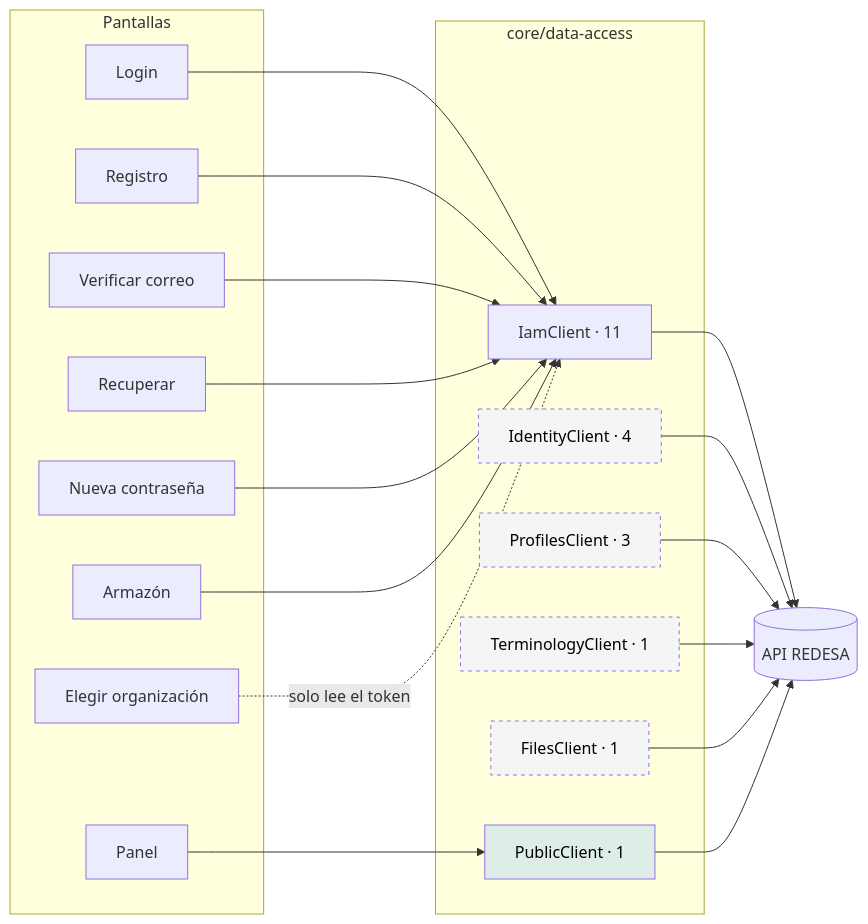
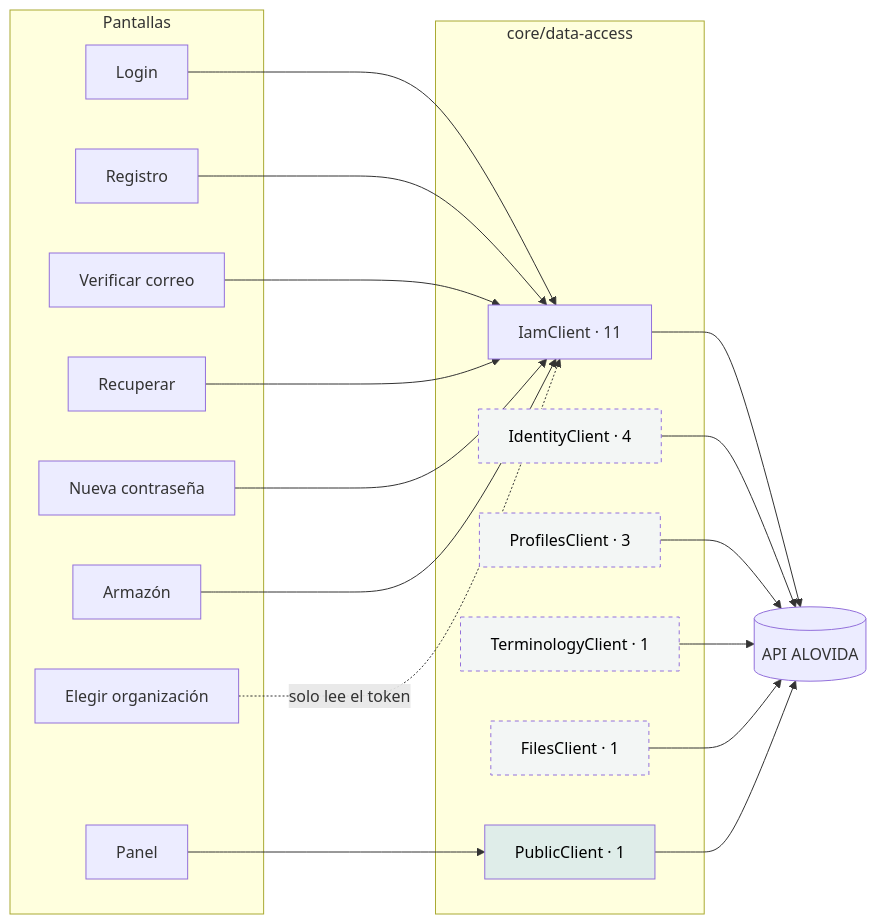
Before and after one commit to mdavila-2001/mantra-core-health: the diagram in docs/architecture/integration-map.md, drawn with Mermaid. The commit also changed 620 other files, not shown here.

First line of the commit message:
refactor(marca): fuera REDESA, VITARA y REDSAT — el nombre es ALOVIDA

````diff
--- a/docs/architecture/integration-map.md
+++ b/docs/architecture/integration-map.md
@@ -11,46 +11,46 @@
 ```mermaid
 graph LR
   subgraph Pantallas
     LOGIN[Login]
     REG[Registro]
     VER[Verificar correo]
     FOR[Recuperar]
     RES[Nueva contraseña]
     TEN[Elegir organización]
     PAN[Panel]
     SHELL[Armazón]
   end
 
   subgraph "core/data-access"
     IAM[IamClient · 11]
     IDN[IdentityClient · 4]
     PRF[ProfilesClient · 3]
     TRM[TerminologyClient · 1]
     FIL[FilesClient · 1]
     PUB[PublicClient · 1]
   end
 
-  API[(API REDESA)]
+  API[(API ALOVIDA)]
 
   LOGIN --> IAM
   REG --> IAM
   VER --> IAM
   FOR --> IAM
   RES --> IAM
   SHELL --> IAM
   PAN --> PUB
   TEN -.->|solo lee el token| IAM
 
   IAM --> API
   IDN --> API
   PRF --> API
   TRM --> API
   FIL --> API
   PUB --> API
 
   style PUB fill:#DFEDE9,color:#000
   style IDN fill:#F3F6F5,color:#000,stroke-dasharray: 4
   style PRF fill:#F3F6F5,color:#000,stroke-dasharray: 4
   style TRM fill:#F3F6F5,color:#000,stroke-dasharray: 4
   style FIL fill:#F3F6F5,color:#000,stroke-dasharray: 4
 ```
````
